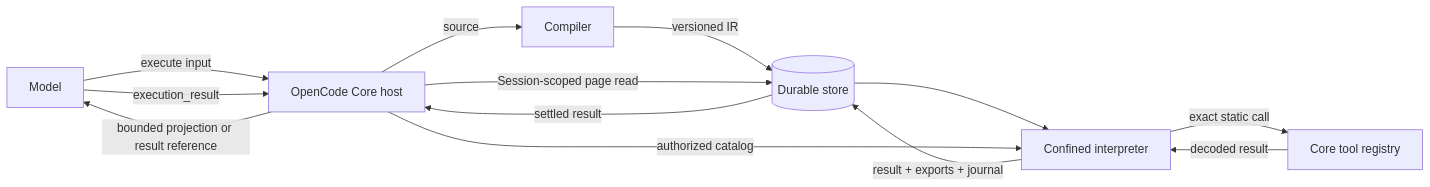
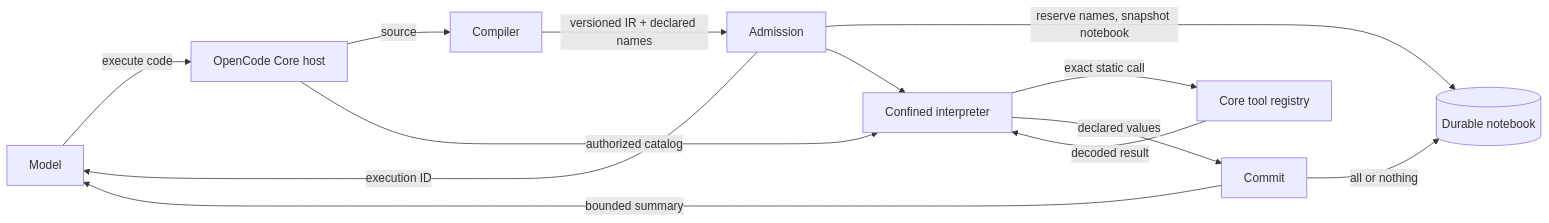
One commit to devagrawal09/ocpp changed the first of 3 diagrams in packages/codemode/interpreter-support.md. Above: the diagram before and after it, drawn with Mermaid. The commit also changed other lines of this file and 4 other files, not shown here.

````diff
--- a/packages/codemode/interpreter-support.md
+++ b/packages/codemode/interpreter-support.md
@@ -10,15 +16,15 @@
 ```mermaid
 flowchart LR
-    Model[Model] -->|execute input| Core[OpenCode Core host]
+    Model[Model] -->|execute code| Core[OpenCode Core host]
     Core -->|source| Compiler[Compiler]
-    Compiler -->|versioned IR| Store[(Durable store)]
-    Store --> Runtime[Confined interpreter]
+    Compiler -->|versioned IR + declared names| Admission[Admission]
+    Admission -->|reserve names, snapshot notebook| Store[(Durable notebook)]
+    Admission -->|execution ID| Model
+    Admission --> Runtime[Confined interpreter]
     Core -->|authorized catalog| Runtime
     Runtime -->|exact static call| Tools[Core tool registry]
     Tools -->|decoded result| Runtime
-    Runtime -->|result + exports + journal| Store
-    Store -->|settled result| Core
-    Core -->|bounded projection or result reference| Model
-    Model -->|execution_result| Core
-    Core -->|Session-scoped page read| Store
+    Runtime -->|declared values| Commit[Commit]
+    Commit -->|all or nothing| Store
+    Commit -->|bounded summary| Model
 ```
````
